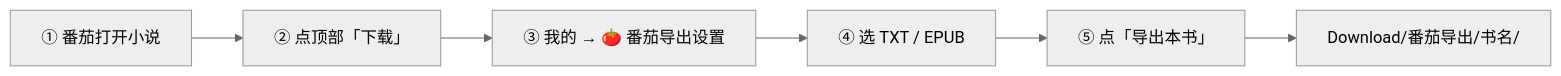
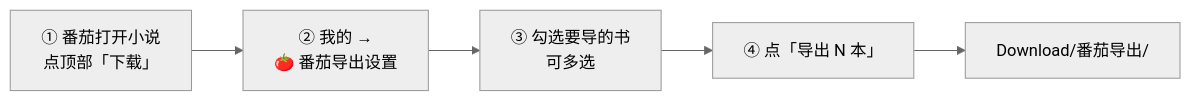
One commit to syh0119/fq-hook changed the diagram in README.md. Above: the diagram before and after it, drawn with Mermaid (neutral theme). The commit also changed other lines of this file and 13 other files, not shown here.

````diff
--- a/README.md
+++ b/README.md
@@ -74,8 +118,7 @@
 ```mermaid
 flowchart LR
-    A["① 番茄打开小说"] --> B["② 点顶部「下载」"]
-    B --> C["③ 我的 → 🍅 番茄导出设置"]
-    C --> D["④ 选 TXT / EPUB"]
-    D --> E["⑤ 点「导出本书」"]
-    E --> F["Download/番茄导出/书名/"]
+    A["① 番茄打开小说<br/>点顶部「下载」"] --> B["② 我的 →<br/>🍅 番茄导出设置"]
+    B --> C["③ 勾选要导的书<br/>可多选"]
+    C --> D["④ 点「导出 N 本」"]
+    D --> E["Download/番茄导出/"]
 ```
````
